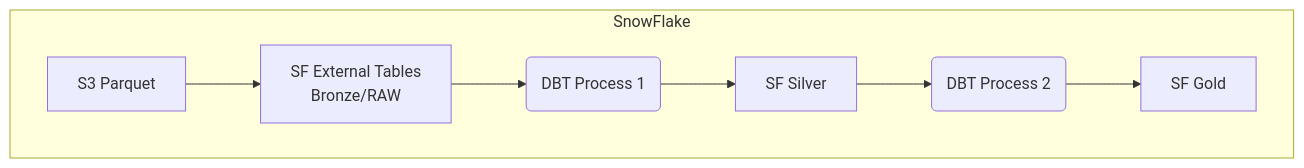
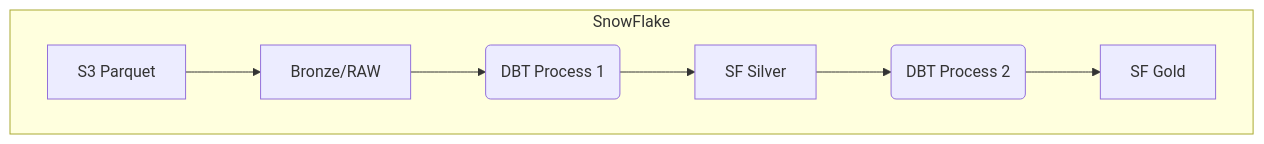
The fifth of 6 diagrams in README.md (peddadap/design_templates), drawn with Mermaid before and after one commit.

Commit message:
space fixes

````diff
--- a/README.md
+++ b/README.md
@@ -190,12 +190,11 @@
 ``` mermaid
 graph TB
     subgraph SnowFlake
-        SF.A[S3 Parquet]-->SF.B[SF External Tables
-                                 Bronze/RAW]
+        SF.A[S3 Parquet]-->SF.B[Bronze/RAW]
         SF.B-->SF.C(DBT Process 1)
         SF.C-->SF.D[SF Silver]
         SF.D -->SF.E(DBT Process 2)
         SF.E --> SF.F[ SF Gold ]
 end
 
 ```
````
